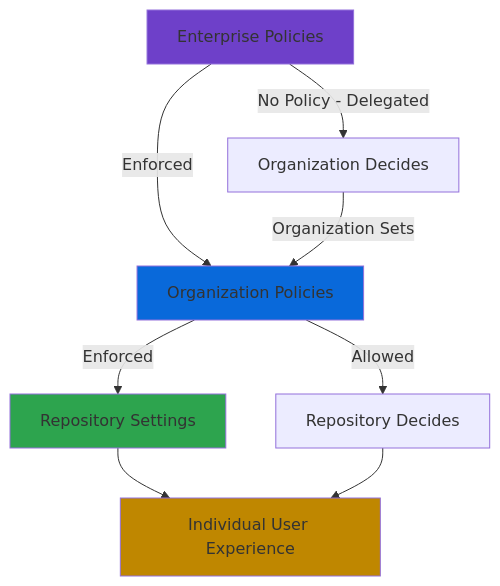
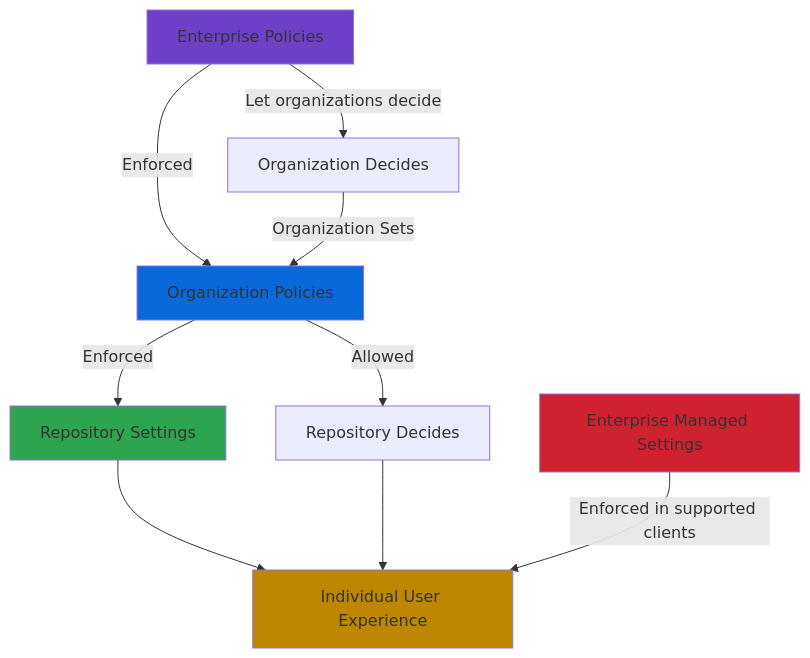
One commit to johnhain-msft/gh-abcs-admin changed the diagram in docs/12-github-copilot-governance.md. Above: the diagram before and after it, drawn with Mermaid. The commit also changed other lines of this file and 45 other files, not shown here.

````diff
--- a/docs/12-github-copilot-governance.md
+++ b/docs/12-github-copilot-governance.md
@@ -88,15 +96,17 @@
 ```mermaid
 graph TD
     A[Enterprise Policies] -->|Enforced| B[Organization Policies]
-    A -->|No Policy - Delegated| C[Organization Decides]
+    A -->|Let organizations decide| C[Organization Decides]
     B -->|Enforced| D[Repository Settings]
     B -->|Allowed| E[Repository Decides]
     D --> F[Individual User Experience]
     E --> F
     C -->|Organization Sets| B
+    G[Enterprise Managed Settings] -->|Enforced in supported clients| F
     
     style A fill:#6e40c9
     style B fill:#0969da
     style D fill:#2da44e
     style F fill:#bf8700
+    style G fill:#cf222e
 ```
````
